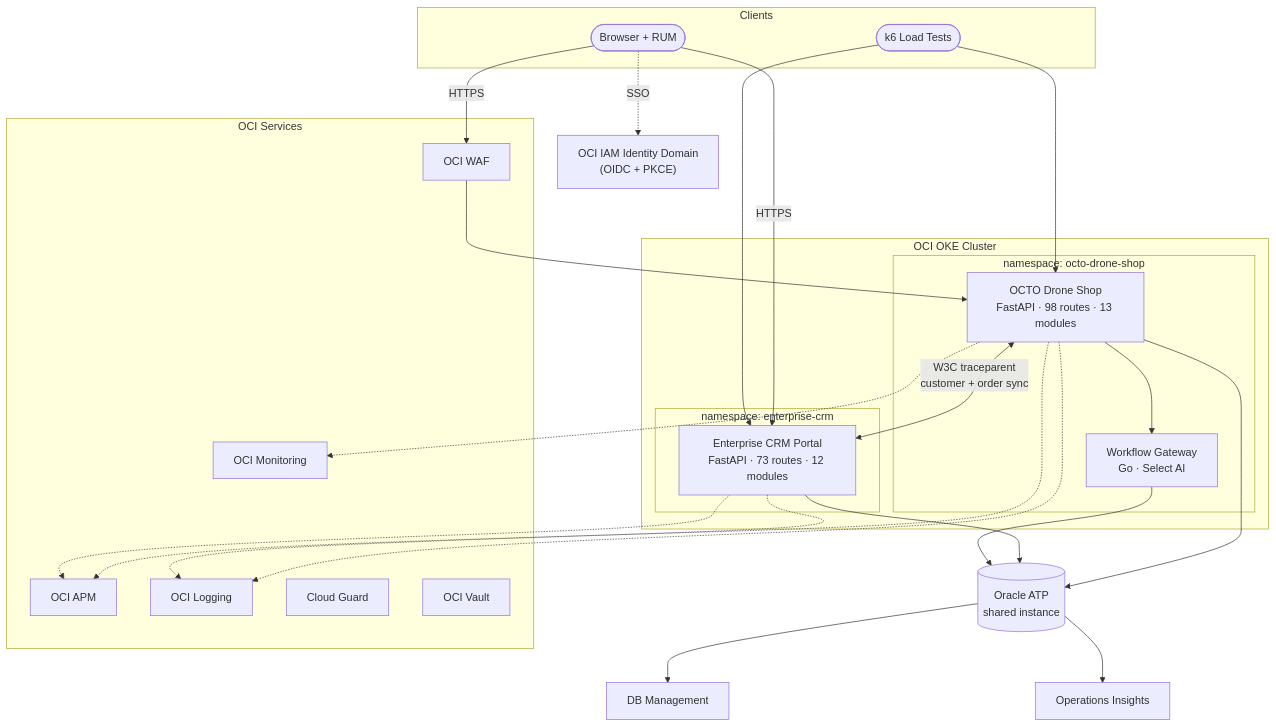
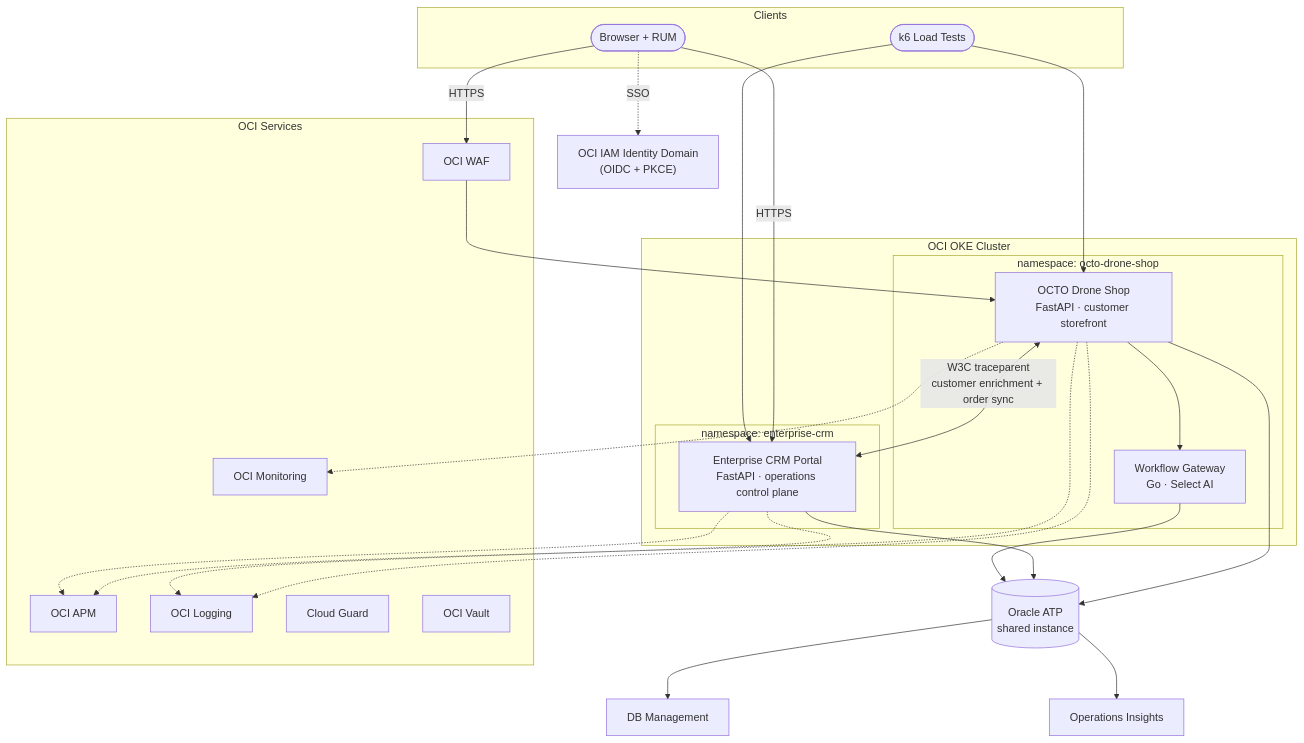
The diagram in site/architecture/platform-overview.md (adibirzu/octo-apm-demo), drawn with Mermaid before and after one commit. The commit also changed other lines of this file and 8 other files, not shown here.

Commit message:
docs: update public architecture and CRM ownership docs

````diff
--- a/site/architecture/platform-overview.md
+++ b/site/architecture/platform-overview.md
@@ -7,53 +7,53 @@
 ```mermaid
 flowchart TD
     subgraph Clients ["Clients"]
         Browser(["Browser + RUM"])
         K6(["k6 Load Tests"])
     end
 
     IDCS["OCI IAM Identity Domain<br/>(OIDC + PKCE)"]
 
     subgraph OKE ["OCI OKE Cluster"]
         subgraph NS1 ["namespace: octo-drone-shop"]
-            Shop["OCTO Drone Shop<br/>FastAPI · 98 routes · 13 modules"]
+            Shop["OCTO Drone Shop<br/>FastAPI · customer storefront"]
             WGW["Workflow Gateway<br/>Go · Select AI"]
         end
         subgraph NS2 ["namespace: enterprise-crm"]
-            CRM["Enterprise CRM Portal<br/>FastAPI · 73 routes · 12 modules"]
+            CRM["Enterprise CRM Portal<br/>FastAPI · operations control plane"]
         end
     end
 
     subgraph OCI ["OCI Services"]
         APM["OCI APM"]
         Logging["OCI Logging"]
         Monitoring["OCI Monitoring"]
         WAF["OCI WAF"]
         CloudGuard["Cloud Guard"]
         Vault["OCI Vault"]
     end
 
     DB[(Oracle ATP<br/>shared instance)]
     DBMgmt["DB Management"]
     OPSI["Operations Insights"]
 
     Browser -->|HTTPS| WAF --> Shop
     Browser -->|HTTPS| CRM
     Browser -.->|SSO| IDCS
     K6 --> Shop
     K6 --> CRM
 
-    Shop <-->|"W3C traceparent<br/>customer + order sync"| CRM
+    Shop <-->|"W3C traceparent<br/>customer enrichment + order sync"| CRM
     Shop --> WGW
     Shop --> DB
     CRM --> DB
     WGW --> DB
 
     DB --> DBMgmt
     DB --> OPSI
 
     Shop -.-> APM
     CRM -.-> APM
     Shop -.-> Logging
     CRM -.-> Logging
     Shop -.-> Monitoring
 ```
````
